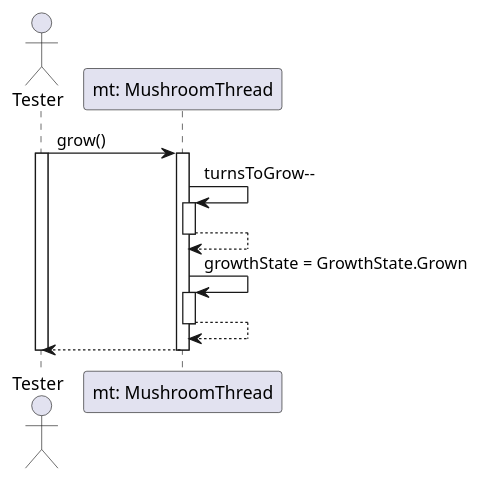
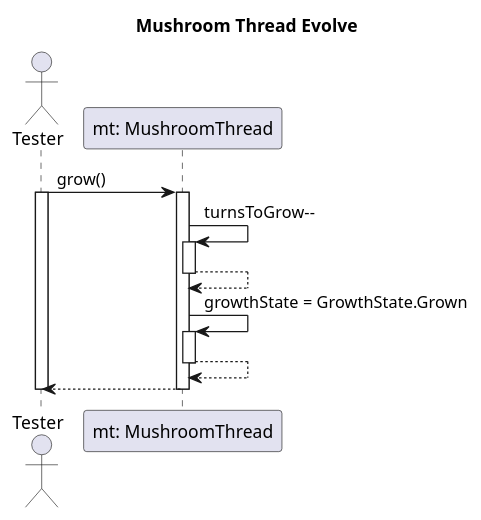
One commit to dzsem/projlab changed the diagram in diagrams/test-sequence/mushroom/mushroomThreadEvolve.wsd. Above: the diagram before and after it, drawn with PlantUML. The commit also changed 7 other files, not shown here.

Commit message:
Fixed problems in mushroomThreadTestsInit and in mushroomThreadDie, typos and added titles

```diff
--- a/diagrams/test-sequence/mushroom/mushroomThreadEvolve.wsd
+++ b/diagrams/test-sequence/mushroom/mushroomThreadEvolve.wsd
@@ -1,24 +1,26 @@
-@startuml Mushroom thread Evolve
+@startuml Mushroom Thread Evolve
+
+title Mushroom Thread Evolve
 
 actor "Tester" as tester
 participant "mt: MushroomThread" as mt
 
 tester -> mt: grow() 
 activate tester
 activate mt
 
 mt -> mt: turnsToGrow--
 activate mt
 mt --> mt
 deactivate mt
 
 mt -> mt: growthState = GrowthState.Grown
 activate mt
 mt --> mt
 deactivate mt
 
 mt --> tester
 deactivate mt
 deactivate tester
 
 @enduml
```
